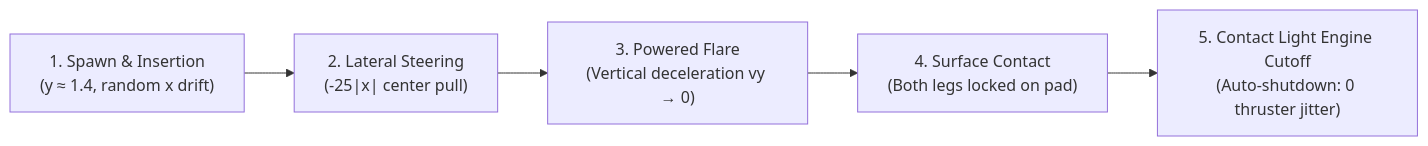
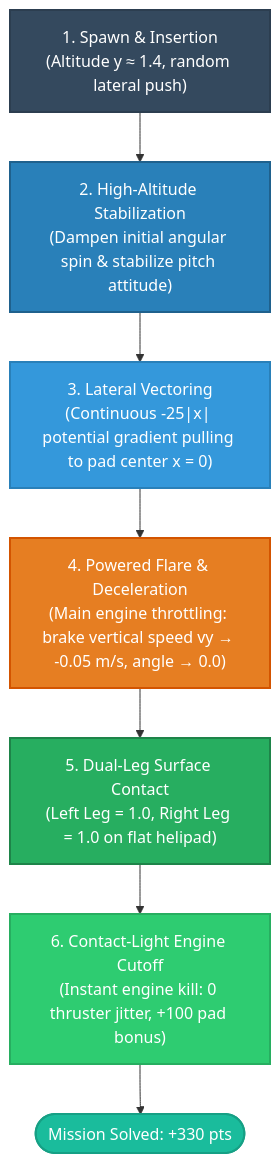
Before and after one commit to Dakshin10/lunarpilot: the first of 3 diagrams in README.md, drawn with Mermaid. The commit also changed other lines of this file, not shown here.

Commit message:
docs: add comprehensive system architecture, flight guidance, and reward shaping flow diagrams

````diff
--- a/README.md
+++ b/README.md
@@ -47,7 +49,17 @@
 ```mermaid
-flowchart LR
-    A["1. Spawn & Insertion\n(y ≈ 1.4, random x drift)"] --> B["2. Lateral Steering\n(-25|x| center pull)"]
-    B --> C["3. Powered Flare\n(Vertical deceleration vy → 0)"]
-    C --> D["4. Surface Contact\n(Both legs locked on pad)"]
-    D --> E["5. Contact Light Engine Cutoff\n(Auto-shutdown: 0 thruster jitter)"]
+flowchart TD
+    Spawn["1. Spawn & Insertion\n(Altitude y ≈ 1.4, random lateral push)"] --> HighAlt["2. High-Altitude Stabilization\n(Dampen initial angular spin & stabilize pitch attitude)"]
+    HighAlt --> Lateral["3. Lateral Vectoring\n(Continuous -25|x| potential gradient pulling to pad center x = 0)"]
+    Lateral --> Flare["4. Powered Flare & Deceleration\n(Main engine throttling: brake vertical speed vy → -0.05 m/s, angle → 0.0)"]
+    Flare --> Touchdown["5. Dual-Leg Surface Contact\n(Left Leg = 1.0, Right Leg = 1.0 on flat helipad)"]
+    Touchdown --> Cutoff["6. Contact-Light Engine Cutoff\n(Instant engine kill: 0 thruster jitter, +100 pad bonus)"]
+    Cutoff --> Solved(["Mission Solved: +330 pts"])
+
+    style Spawn fill:#34495E,stroke:#2C3E50,stroke-width:2px,color:#fff
+    style HighAlt fill:#2980B9,stroke:#1F618D,stroke-width:2px,color:#fff
+    style Lateral fill:#3498DB,stroke:#2980B9,stroke-width:2px,color:#fff
+    style Flare fill:#E67E22,stroke:#D35400,stroke-width:2px,color:#fff
+    style Touchdown fill:#27AE60,stroke:#1E8449,stroke-width:2px,color:#fff
+    style Cutoff fill:#2ECC71,stroke:#27AE60,stroke-width:2px,color:#fff
+    style Solved fill:#1ABC9C,stroke:#16A085,stroke-width:2px,color:#fff
 ```
````
